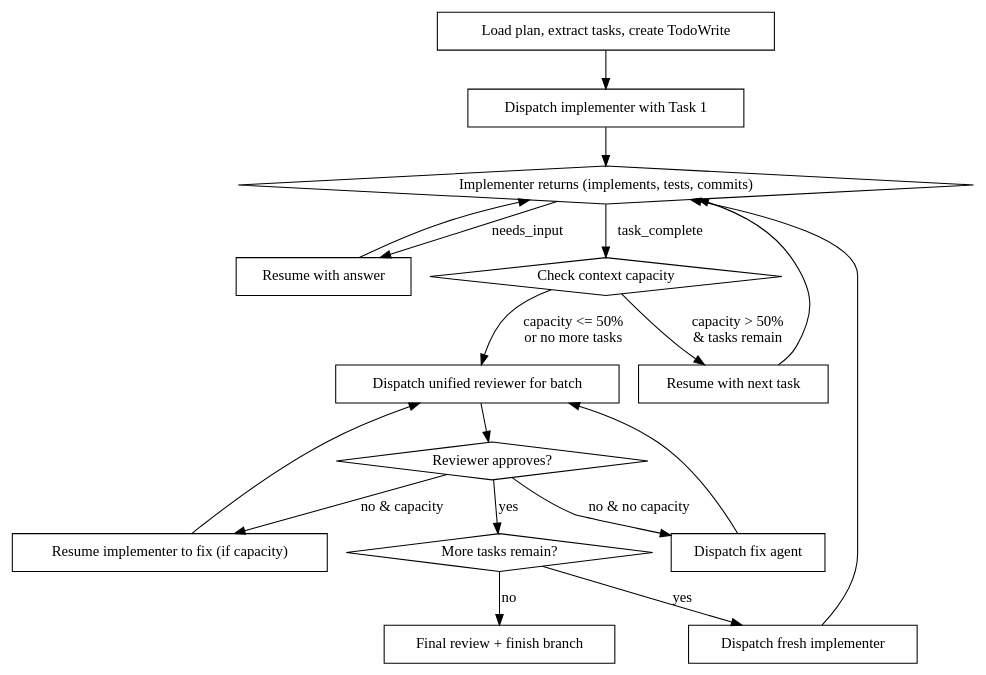
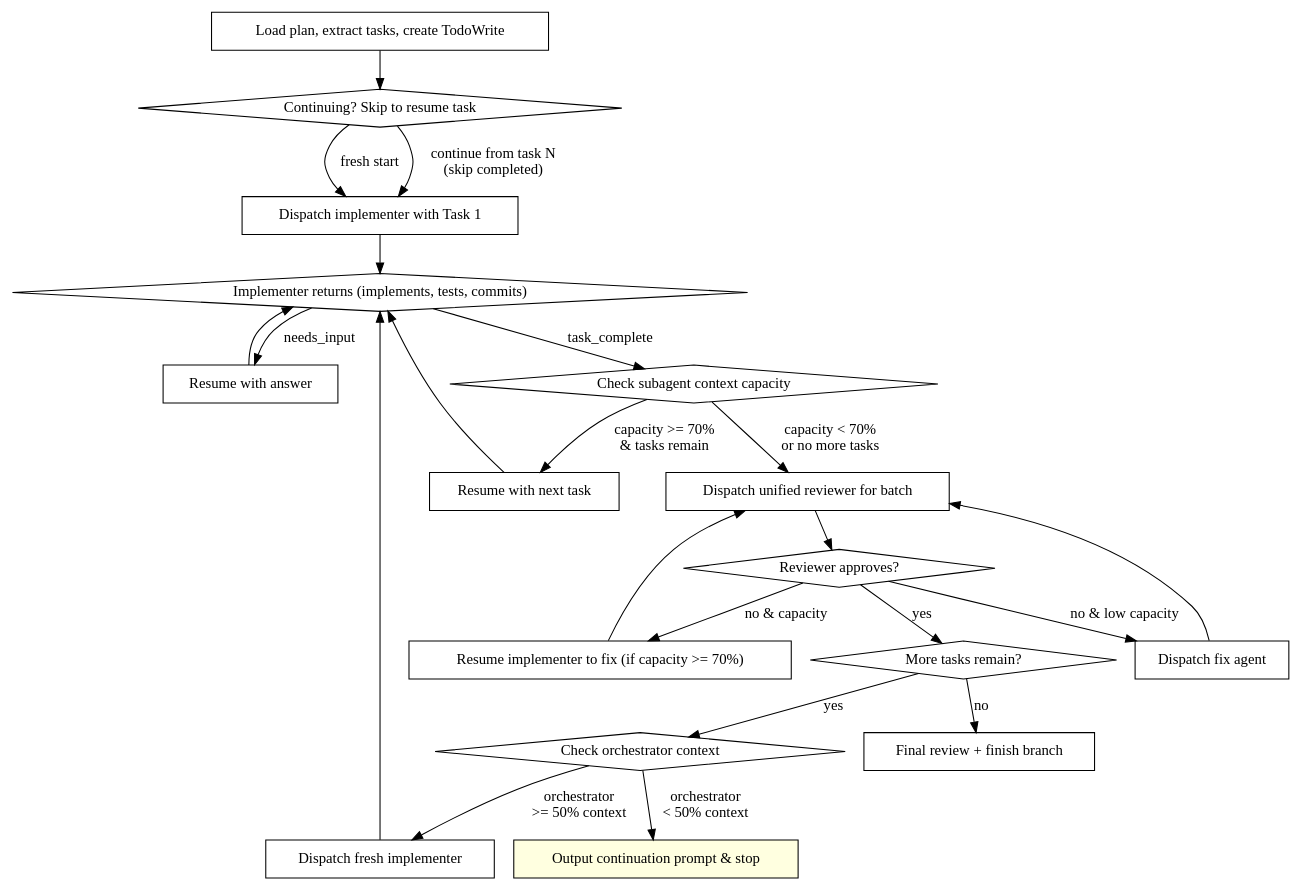
The diagram in skills/go-time/SKILL.md (zachswift615/opus-says-no), drawn with Graphviz before and after one commit. The commit also changed other lines of this file and 2 other files, not shown here.

First line of the commit message:
Add orchestrator context monitoring, continuation support, and conservative resume threshold to go-time

````diff
--- a/skills/go-time/SKILL.md
+++ b/skills/go-time/SKILL.md
@@ -47,44 +88,54 @@
 ```dot
 digraph go_agents {
     rankdir=TB;
 
     "Load plan, extract tasks, create TodoWrite" [shape=box];
+    "Continuing? Skip to resume task" [shape=diamond];
     "Dispatch implementer with Task 1" [shape=box];
     "Implementer returns (implements, tests, commits)" [shape=diamond];
 
     "Resume with answer" [shape=box];
-    "Check context capacity" [shape=diamond];
+    "Check subagent context capacity" [shape=diamond];
     "Resume with next task" [shape=box];
     "Dispatch unified reviewer for batch" [shape=box];
     "Reviewer approves?" [shape=diamond];
-    "Resume implementer to fix (if capacity)" [shape=box];
+    "Resume implementer to fix (if capacity >= 70%)" [shape=box];
     "Dispatch fix agent" [shape=box];
     "More tasks remain?" [shape=diamond];
+    "Check orchestrator context" [shape=diamond];
+    "Output continuation prompt & stop" [shape=box, style=filled, fillcolor=lightyellow];
     "Dispatch fresh implementer" [shape=box];
     "Final review + finish branch" [shape=box];
 
-    "Load plan, extract tasks, create TodoWrite" -> "Dispatch implementer with Task 1";
+    "Load plan, extract tasks, create TodoWrite" -> "Continuing? Skip to resume task";
+    "Continuing? Skip to resume task" -> "Dispatch implementer with Task 1" [label="fresh start"];
+    "Continuing? Skip to resume task" -> "Dispatch implementer with Task 1" [label="continue from task N\n(skip completed)"];
+
     "Dispatch implementer with Task 1" -> "Implementer returns (implements, tests, commits)";
 
     "Implementer returns (implements, tests, commits)" -> "Resume with answer" [label="needs_input"];
     "Resume with answer" -> "Implementer returns (implements, tests, commits)";
 
-    "Implementer returns (implements, tests, commits)" -> "Check context capacity" [label="task_complete"];
+    "Implementer returns (implements, tests, commits)" -> "Check subagent context capacity" [label="task_complete"];
 
-    "Check context capacity" -> "Resume with next task" [label="capacity > 50%\n& tasks remain"];
+    "Check subagent context capacity" -> "Resume with next task" [label="capacity >= 70%\n& tasks remain"];
     "Resume with next task" -> "Implementer returns (implements, tests, commits)";
 
-    "Check context capacity" -> "Dispatch unified reviewer for batch" [label="capacity <= 50%\nor no more tasks"];
+    "Check subagent context capacity" -> "Dispatch unified reviewer for batch" [label="capacity < 70%\nor no more tasks"];
 
     "Dispatch unified reviewer for batch" -> "Reviewer approves?";
     "Reviewer approves?" -> "More tasks remain?" [label="yes"];
-    "Reviewer approves?" -> "Resume implementer to fix (if capacity)" [label="no & capacity"];
-    "Reviewer approves?" -> "Dispatch fix agent" [label="no & no capacity"];
-    "Resume implementer to fix (if capacity)" -> "Dispatch unified reviewer for batch";
+    "Reviewer approves?" -> "Resume implementer to fix (if capacity >= 70%)" [label="no & capacity"];
+    "Reviewer approves?" -> "Dispatch fix agent" [label="no & low capacity"];
+    "Resume implementer to fix (if capacity >= 70%)" -> "Dispatch unified reviewer for batch";
     "Dispatch fix agent" -> "Dispatch unified reviewer for batch";
 
-    "More tasks remain?" -> "Dispatch fresh implementer" [label="yes"];
+    "More tasks remain?" -> "Check orchestrator context" [label="yes"];
     "More tasks remain?" -> "Final review + finish branch" [label="no"];
+
+    "Check orchestrator context" -> "Dispatch fresh implementer" [label="orchestrator\n>= 50% context"];
+    "Check orchestrator context" -> "Output continuation prompt & stop" [label="orchestrator\n< 50% context"];
+
     "Dispatch fresh implementer" -> "Implementer returns (implements, tests, commits)";
 }
 ```
````
